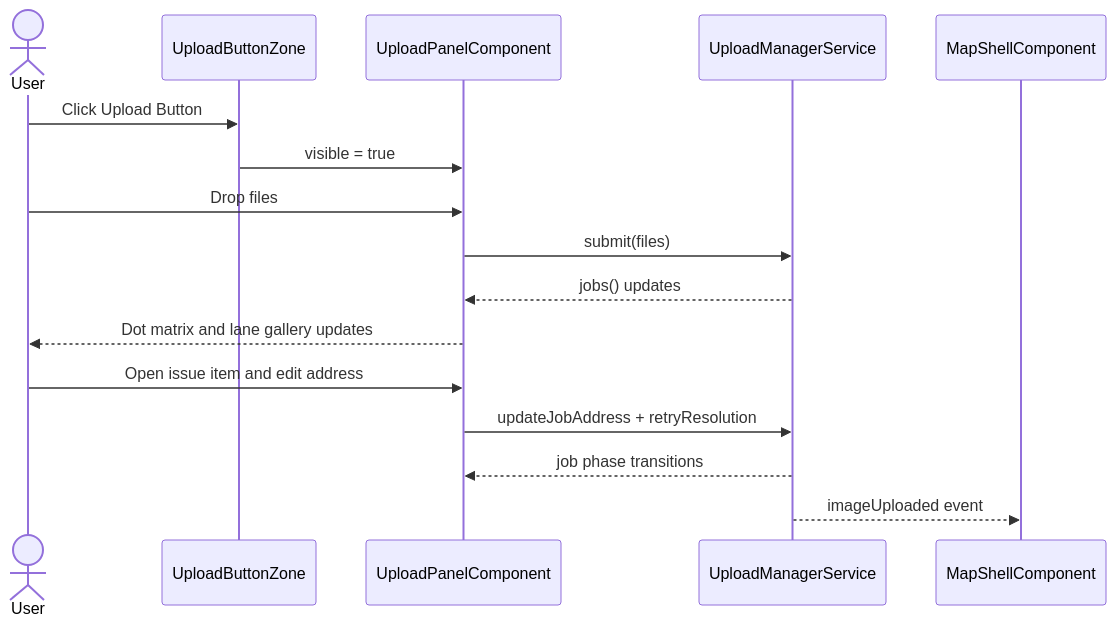
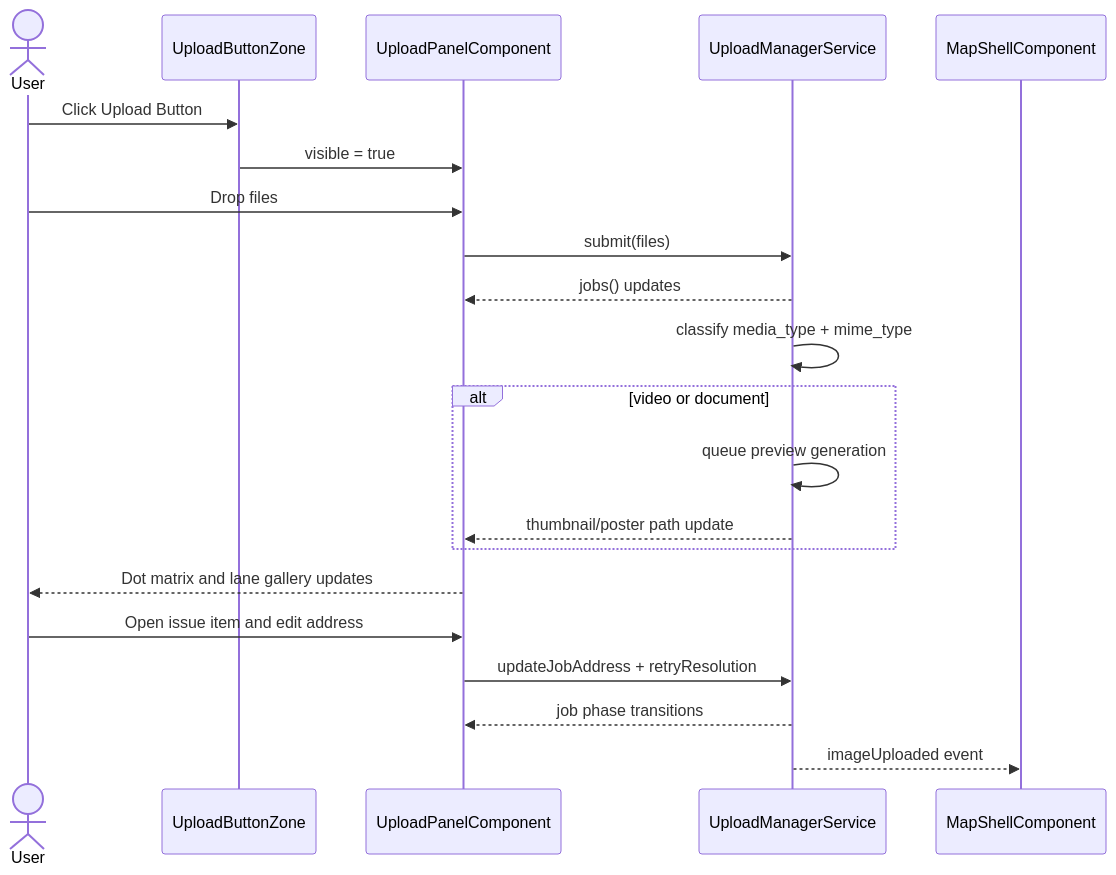
One commit to matkleve/feldpost changed the third of 3 diagrams in docs/element-specs/upload-panel.md. Above: the diagram before and after it, drawn with Mermaid. The commit also changed other lines of this file and 31 other files, not shown here.

````diff
--- a/docs/element-specs/upload-panel.md
+++ b/docs/element-specs/upload-panel.md
@@ -145,19 +157,24 @@
 ```mermaid
 sequenceDiagram
   actor User
   participant Zone as UploadButtonZone
   participant Panel as UploadPanelComponent
   participant Manager as UploadManagerService
   participant Map as MapShellComponent
 
   User->>Zone: Click Upload Button
   Zone->>Panel: visible = true
   User->>Panel: Drop files
   Panel->>Manager: submit(files)
   Manager-->>Panel: jobs() updates
+  Manager->>Manager: classify media_type + mime_type
+  alt video or document
+    Manager->>Manager: queue preview generation
+    Manager-->>Panel: thumbnail/poster path update
+  end
   Panel-->>User: Dot matrix and lane gallery updates
   User->>Panel: Open issue item and edit address
   Panel->>Manager: updateJobAddress + retryResolution
   Manager-->>Panel: job phase transitions
   Manager-->>Map: imageUploaded event
 ```
````
